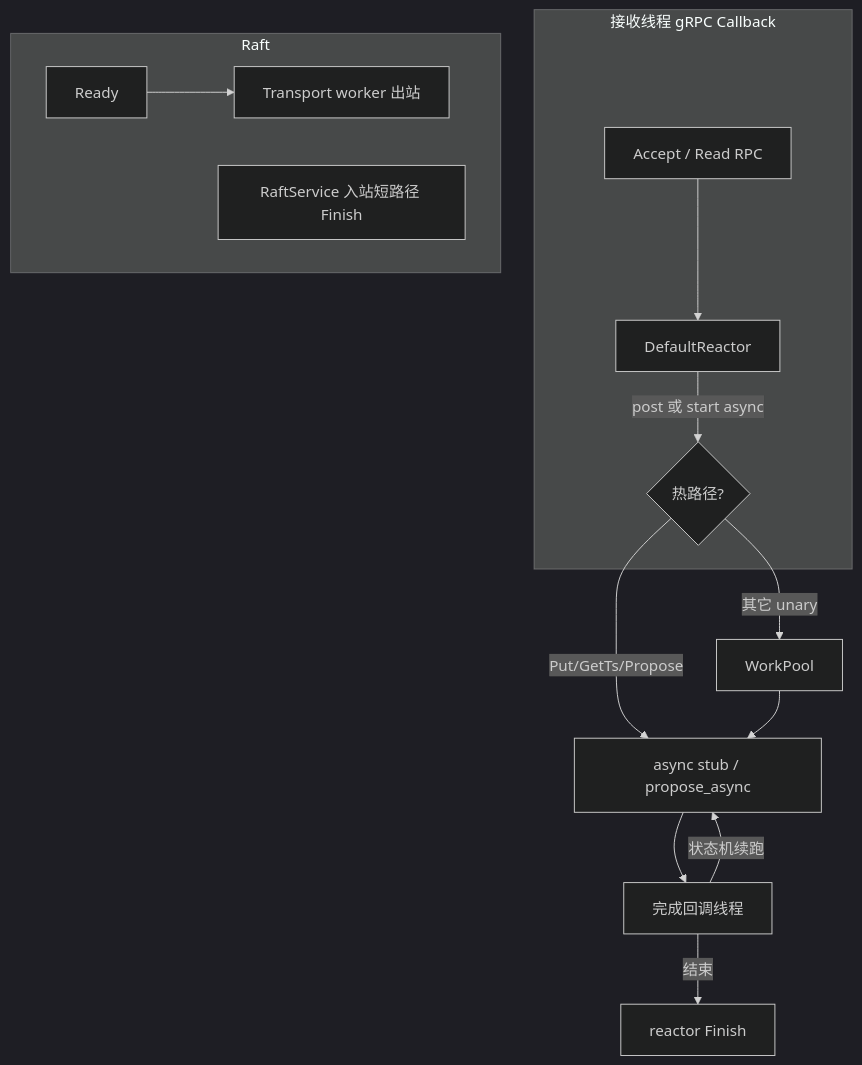
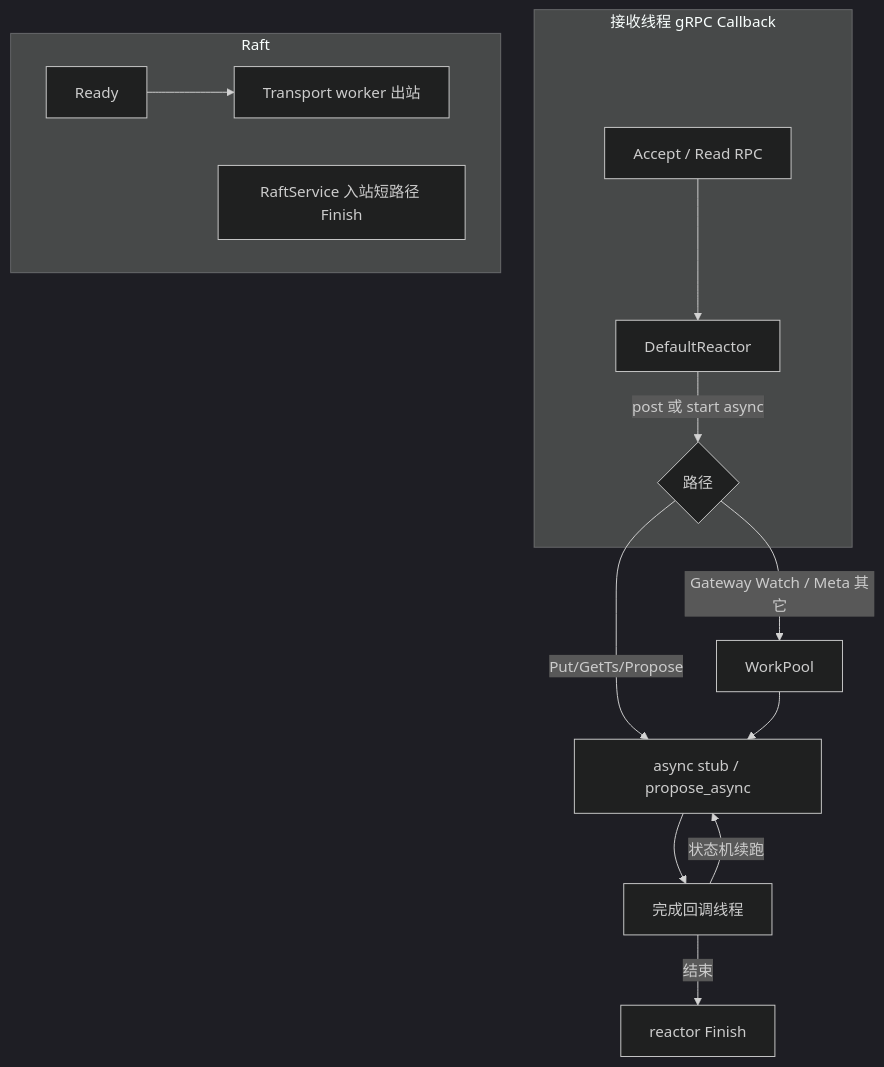
The diagram in docs/flows/22-async-threading-model.md (devotionalist/openkv), drawn with Mermaid (dark theme) before and after one commit. The commit also changed other lines of this file and 8 other files, not shown here.

First line of the commit message:
Narrow WorkPool to Meta writes and Gateway Watch only.

````diff
--- a/docs/flows/22-async-threading-model.md
+++ b/docs/flows/22-async-threading-model.md
@@ -29,17 +29,17 @@
 ```mermaid
 flowchart TB
   subgraph recv [接收线程 gRPC Callback]
     A[Accept / Read RPC] --> B[DefaultReactor]
-    B -->|post 或 start async| C{热路径?}
+    B -->|post 或 start async| C{路径}
   end
   C -->|Put/GetTs/Propose| D[async stub / propose_async]
-  C -->|其它 unary| E[WorkPool]
+  C -->|Gateway Watch / Meta 其它| E[WorkPool]
   E --> D
   D --> F[完成回调线程]
   F -->|状态机续跑| D
   F -->|结束| G[reactor Finish]
   subgraph raft [Raft]
     H[Ready] --> I[Transport worker 出站]
     J[RaftService 入站短路径 Finish]
   end
 ```
````
